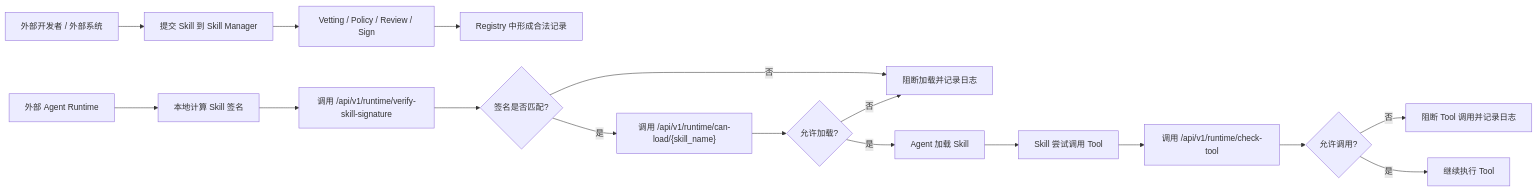
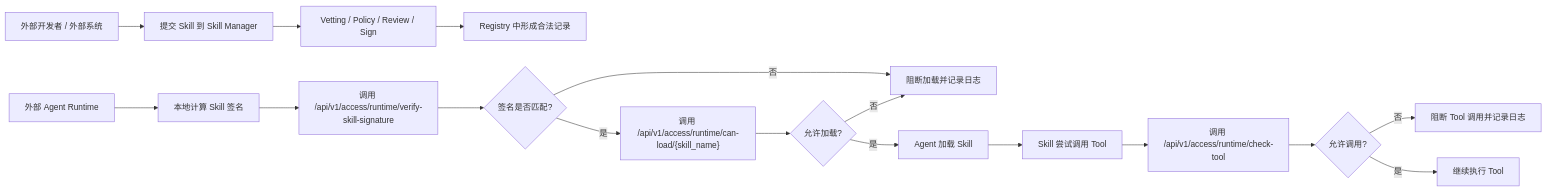
One commit to HuangLuGuang/skill-manager changed the first of 3 diagrams in docs/external-agent-integration.md. Above: the diagram before and after it, drawn with Mermaid. The commit also changed other lines of this file and 20 other files, not shown here.

````diff
--- a/docs/external-agent-integration.md
+++ b/docs/external-agent-integration.md
@@ -18,21 +18,21 @@
 ```mermaid
 flowchart LR
     A["外部开发者 / 外部系统"] --> B["提交 Skill 到 Skill Manager"]
     B --> C["Vetting / Policy / Review / Sign"]
     C --> D["Registry 中形成合法记录"]
 
     E["外部 Agent Runtime"] --> F["本地计算 Skill 签名"]
-    F --> G["调用 /api/v1/runtime/verify-skill-signature"]
+    F --> G["调用 /api/v1/access/runtime/verify-skill-signature"]
     G --> H{"签名是否匹配?"}
     H -- "否" --> I["阻断加载并记录日志"]
-    H -- "是" --> J["调用 /api/v1/runtime/can-load/{skill_name}"]
+    H -- "是" --> J["调用 /api/v1/access/runtime/can-load/{skill_name}"]
     J --> K{"允许加载?"}
     K -- "否" --> I["阻断加载并记录日志"]
     K -- "是" --> L["Agent 加载 Skill"]
 
     L --> M["Skill 尝试调用 Tool"]
-    M --> N["调用 /api/v1/runtime/check-tool"]
+    M --> N["调用 /api/v1/access/runtime/check-tool"]
     N --> O{"允许调用?"}
     O -- "否" --> P["阻断 Tool 调用并记录日志"]
     O -- "是" --> Q["继续执行 Tool"]
 ```
````
